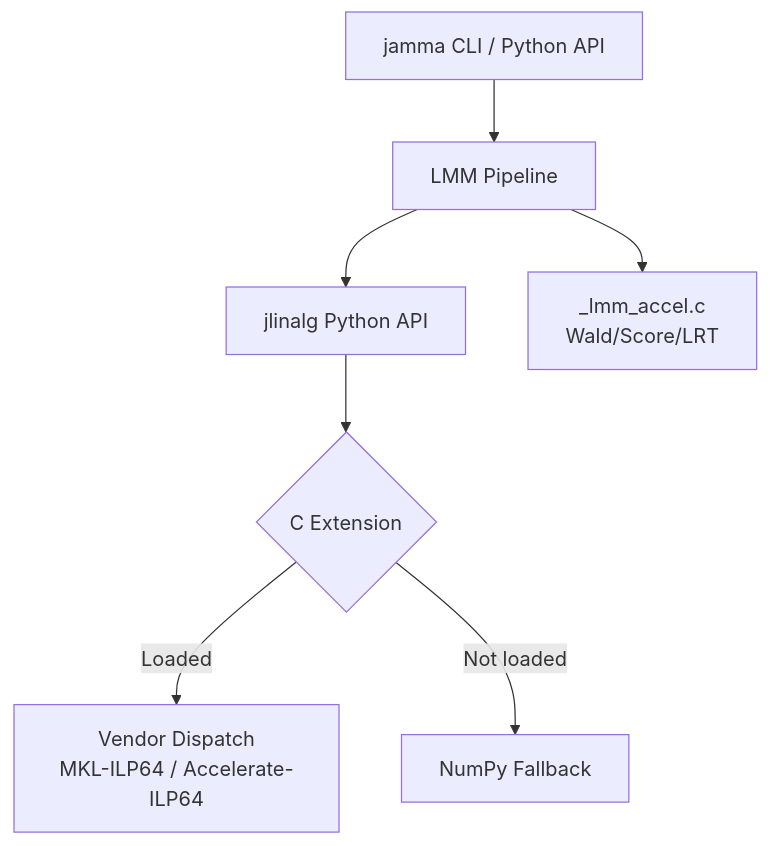
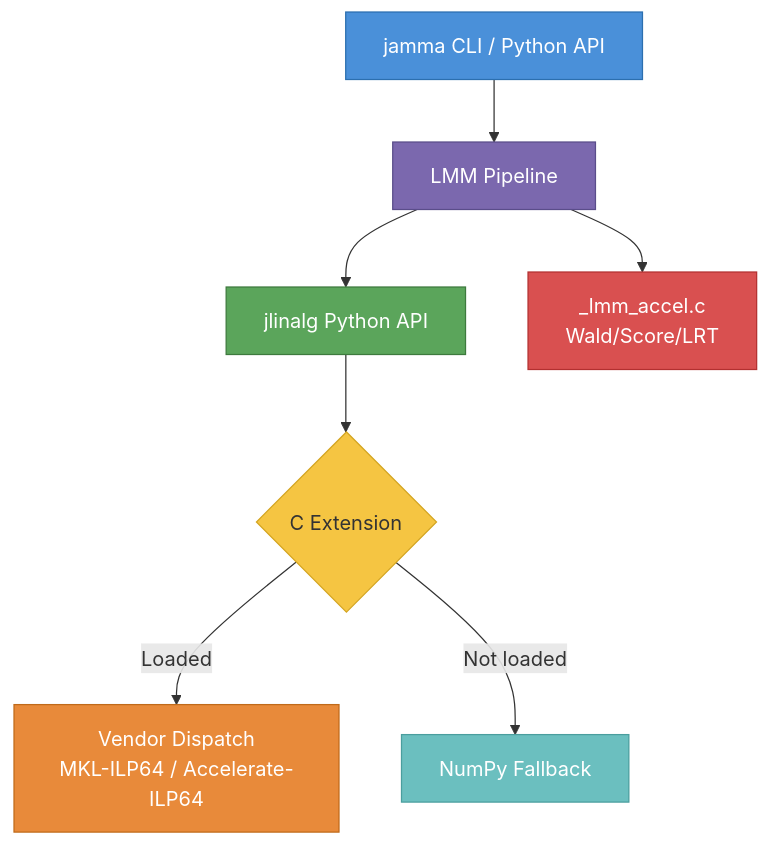
One commit to michael-denyer/jamma changed the second of 2 diagrams in README.md. Above: the diagram before and after it, drawn with Mermaid. The commit also changed other lines of this file, not shown here.

Commit message:
docs: add colour to mermaid architecture diagrams in README

````diff
--- a/README.md
+++ b/README.md
@@ -289,9 +302,17 @@
 ```mermaid
 graph TD
     A["jamma CLI / Python API"] --> B["LMM Pipeline"]
     B --> C["jlinalg Python API"]
     C --> D{"C Extension"}
     D -->|Loaded| E["Vendor Dispatch<br/>MKL-ILP64 / Accelerate-ILP64"]
     D -->|Not loaded| G["NumPy Fallback"]
     B --> H["_lmm_accel.c<br/>Wald/Score/LRT"]
+
+    style A fill:#4a90d9,stroke:#2c6faf,color:#fff
+    style B fill:#7b68ae,stroke:#5a4d8a,color:#fff
+    style C fill:#5ba55b,stroke:#3d7a3d,color:#fff
+    style D fill:#f5c542,stroke:#d4a520,color:#333
+    style E fill:#e88a3a,stroke:#c06a1a,color:#fff
+    style G fill:#6bbfbf,stroke:#4a9e9e,color:#fff
+    style H fill:#d95050,stroke:#b33030,color:#fff
 ```
````
